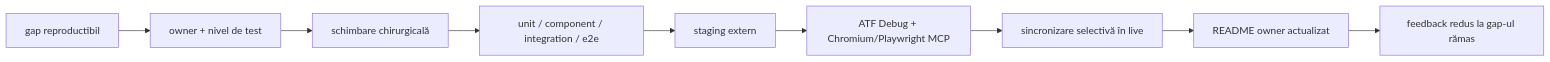
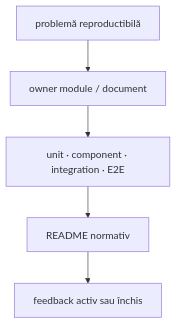
One commit to crististefanita/demo2 changed the diagram in docs/feedback/README.md. Above: the diagram before and after it, drawn with Mermaid. The commit also changed other lines of this file and 894 other files, not shown here.

````diff
--- a/docs/feedback/README.md
+++ b/docs/feedback/README.md
@@ -10,11 +52,7 @@
 ```mermaid
-flowchart LR
-    Observe[gap reproductibil] --> Classify[owner + nivel de test]
-    Classify --> Implement[schimbare chirurgicală]
-    Implement --> Verify[unit / component / integration / e2e]
-    Verify --> Stage[staging extern]
-    Stage --> Render[ATF Debug + Chromium/Playwright MCP]
-    Render --> Promote[sincronizare selectivă în live]
-    Promote --> Docs[README owner actualizat]
-    Docs --> Close[feedback redus la gap-ul rămas]
+flowchart TB
+    Finding[problemă reproductibilă] --> Owner[owner module / document]
+    Owner --> Test[unit · component · integration · E2E]
+    Test --> Contract[README normativ]
+    Contract --> Registry[feedback activ sau închis]
 ```
````
